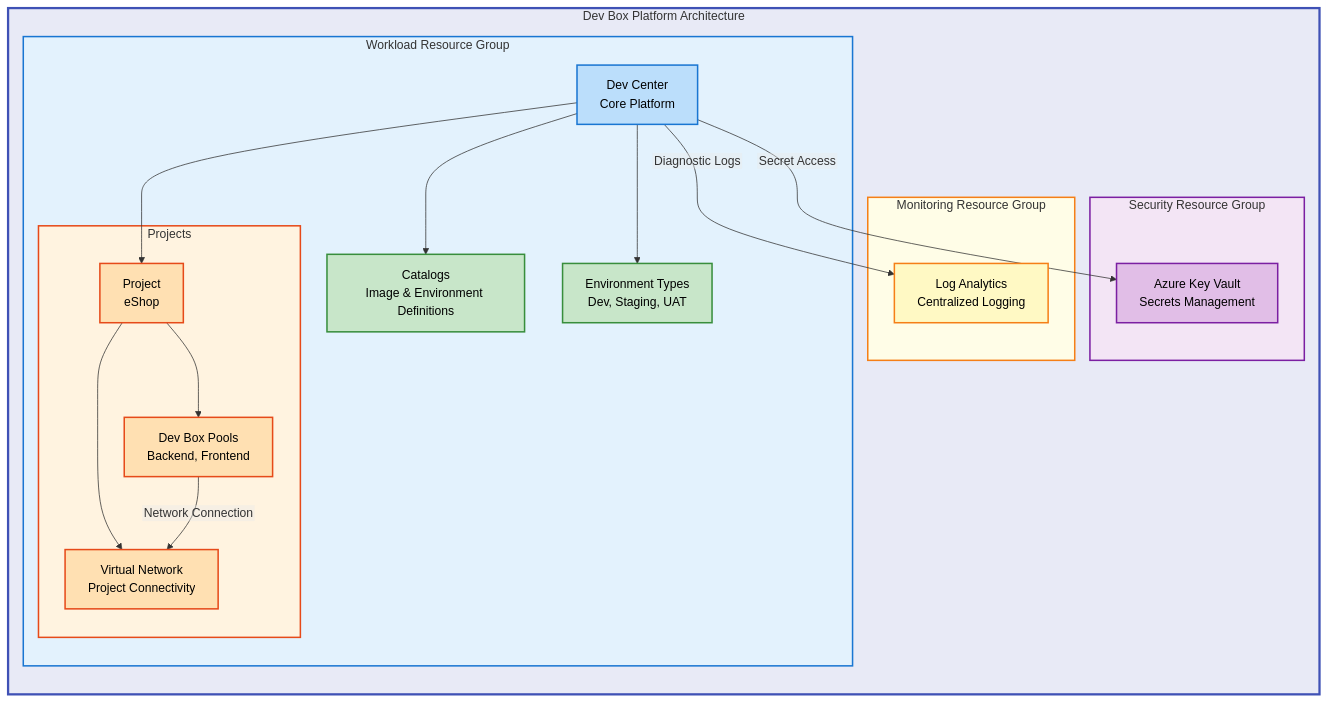
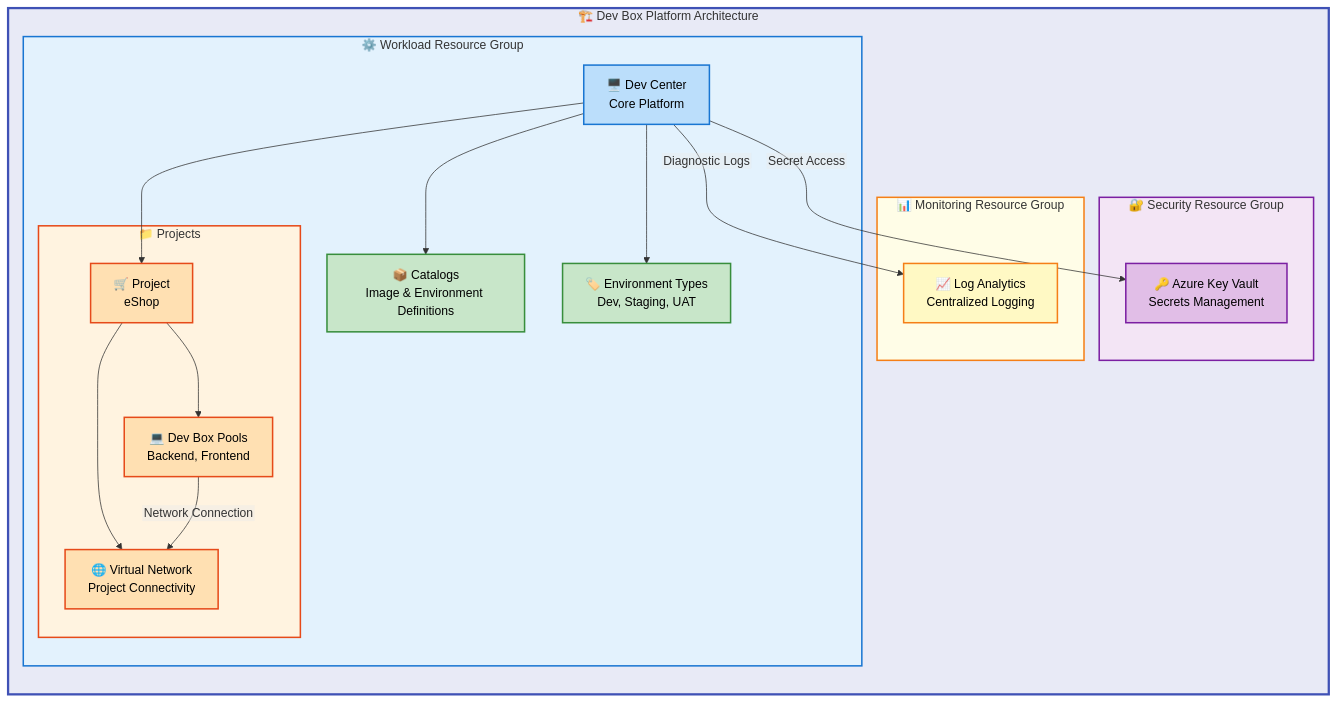
One commit to Evilazaro/DevExp-DevBox changed the diagram in README.md. Above: the diagram before and after it, drawn with Mermaid.

Commit message:
Enhance architecture diagram in README.md with material design color scheme documentation and emoji icons for improved clarity and visual representation

````diff
--- a/README.md
+++ b/README.md
@@ -60,49 +60,58 @@
 ```mermaid
 %%{init: {"flowchart": {"htmlLabels": false}} }%%
 flowchart TB
+    %% ============================================
+    %% MATERIAL DESIGN COLOR SCHEME - STANDARD v2.1
+    %% Level 1 (Main): #E8EAF6 - Top-level platform container
+    %% Level 2 (Functional): Semantic colors per layer purpose
+    %%   - Security: #F3E5F5 (Purple tint)
+    %%   - Monitoring: #FFFDE7 (Yellow tint)
+    %%   - Workload: #E3F2FD (Blue tint)
+    %% Level 3 (Nested): #FFF3E0 - Projects subgroup
+    %% ============================================
     classDef mainGroup fill:#E8EAF6,stroke:#3F51B5,stroke-width:3px,color:#000
     classDef mdBlue fill:#BBDEFB,stroke:#1976D2,stroke-width:2px,color:#000
     classDef mdGreen fill:#C8E6C9,stroke:#388E3C,stroke-width:2px,color:#000
     classDef mdOrange fill:#FFE0B2,stroke:#E64A19,stroke-width:2px,color:#000
     classDef mdPurple fill:#E1BEE7,stroke:#7B1FA2,stroke-width:2px,color:#000
     classDef mdYellow fill:#FFF9C4,stroke:#F57F17,stroke-width:2px,color:#000
 
-    subgraph platform["Dev Box Platform Architecture"]
+    subgraph platform["🏗️ Dev Box Platform Architecture"]
         direction TB
 
-        subgraph security["Security Resource Group"]
-            kv["Azure Key Vault<br/>Secrets Management"]:::mdPurple
+        subgraph security["🔐 Security Resource Group"]
+            kv["🔑 Azure Key Vault<br/>Secrets Management"]:::mdPurple
         end
 
-        subgraph monitoring["Monitoring Resource Group"]
-            la["Log Analytics<br/>Centralized Logging"]:::mdYellow
+        subgraph monitoring["📊 Monitoring Resource Group"]
+            la["📈 Log Analytics<br/>Centralized Logging"]:::mdYellow
         end
 
-        subgraph workload["Workload Resource Group"]
-            dc["Dev Center<br/>Core Platform"]:::mdBlue
-            cat["Catalogs<br/>Image & Environment Definitions"]:::mdGreen
-            envTypes["Environment Types<br/>Dev, Staging, UAT"]:::mdGreen
+        subgraph workload["⚙️ Workload Resource Group"]
+            dc["🖥️ Dev Center<br/>Core Platform"]:::mdBlue
+            cat["📦 Catalogs<br/>Image & Environment Definitions"]:::mdGreen
+            envTypes["🏷️ Environment Types<br/>Dev, Staging, UAT"]:::mdGreen
 
-            subgraph projects["Projects"]
-                proj["Project<br/>eShop"]:::mdOrange
-                pools["Dev Box Pools<br/>Backend, Frontend"]:::mdOrange
-                net["Virtual Network<br/>Project Connectivity"]:::mdOrange
+            subgraph projects["📁 Projects"]
+                proj["🛒 Project<br/>eShop"]:::mdOrange
+                pools["💻 Dev Box Pools<br/>Backend, Frontend"]:::mdOrange
+                net["🌐 Virtual Network<br/>Project Connectivity"]:::mdOrange
             end
         end
 
         dc --> cat
         dc --> envTypes
         dc --> proj
         proj --> pools
         proj --> net
         dc -->|"Diagnostic Logs"| la
         dc -->|"Secret Access"| kv
         pools -->|"Network Connection"| net
     end
 
     style platform fill:#E8EAF6,stroke:#3F51B5,stroke-width:3px
     style security fill:#F3E5F5,stroke:#7B1FA2,stroke-width:2px
     style monitoring fill:#FFFDE7,stroke:#F57F17,stroke-width:2px
     style workload fill:#E3F2FD,stroke:#1976D2,stroke-width:2px
     style projects fill:#FFF3E0,stroke:#E64A19,stroke-width:2px
 ```
````
